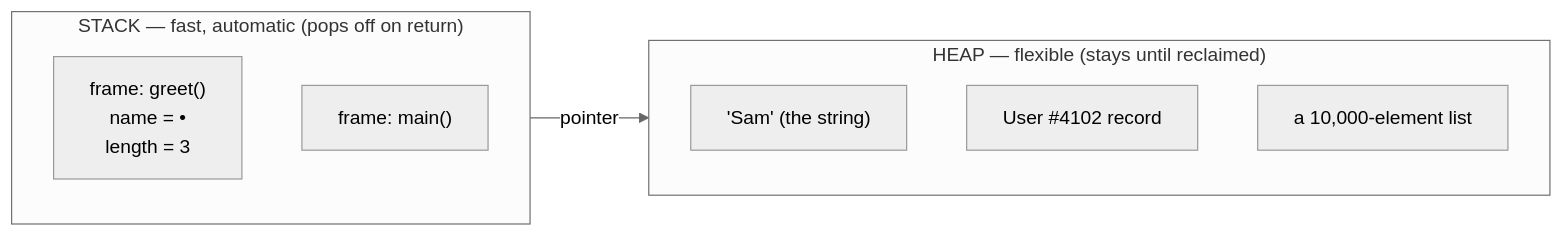
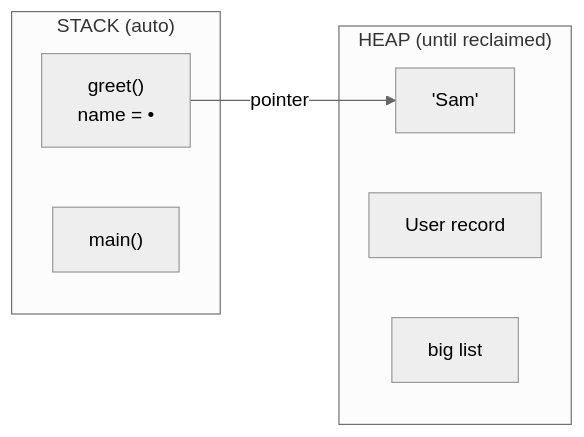
One commit to Topurrra/themissingmanual changed the first of 2 diagrams in guides/memory-and-garbage-collection/01-where-objects-live.md. Above: the diagram before and after it, drawn with Mermaid (neutral theme). The commit also changed other lines of this file and 15 other files, not shown here.

Commit message:
fixed mermaid diagrams

````diff
--- a/guides/memory-and-garbage-collection/01-where-objects-live.md
+++ b/guides/memory-and-garbage-collection/01-where-objects-live.md
@@ -25,15 +25,13 @@
 ```mermaid
 flowchart LR
-  subgraph Stack["STACK — fast, automatic (pops off on return)"]
-    direction TB
-    G["frame: greet()<br/>name = •<br/>length = 3"]
-    M["frame: main()"]
+  subgraph Stack["STACK (auto)"]
+    G["greet()<br/>name = •"]
+    M["main()"]
   end
-  subgraph Heap["HEAP — flexible (stays until reclaimed)"]
-    direction TB
-    S["'Sam' (the string)"]
-    U["User #4102 record"]
-    L["a 10,000-element list"]
+  subgraph Heap["HEAP (until reclaimed)"]
+    S["'Sam'"]
+    U["User record"]
+    L["big list"]
   end
   G -->|pointer| S
 ```
````
